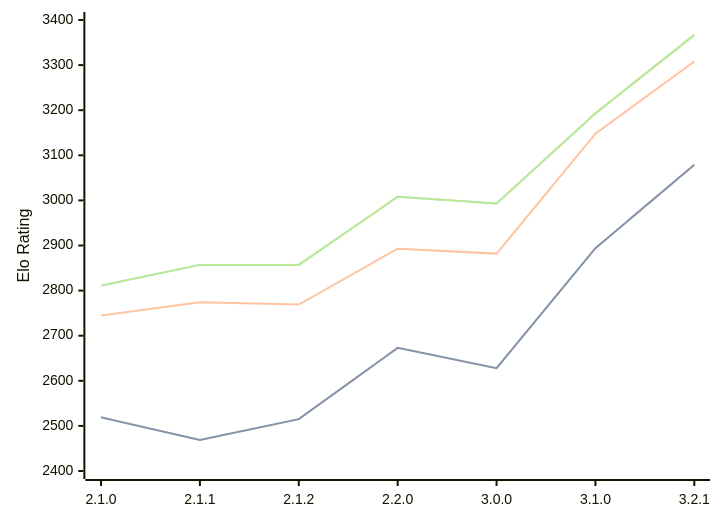
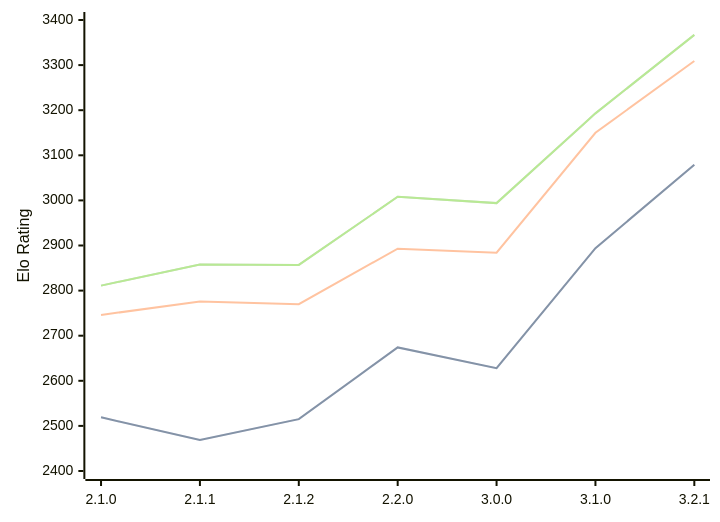
The first of 3 diagrams in engines/Prune.md (computer-chess-index/cci), drawn with Mermaid before and after one commit. The commit also changed other lines of this file, not shown here.

Commit message:
Update CCI Ratings (ELO VLTC) - 2026-06-22

````diff
--- a/engines/Prune.md
+++ b/engines/Prune.md
@@ -42,11 +42,11 @@
 ```mermaid
 %%{init: {"theme":"base","themeVariables":{"seriesColors:['#a3a3a3','#222221','#faa371']}}}%%
 xychart-beta
   x-axis ["2.1.0", "2.1.1", "2.1.2", "2.2.0", "3.0.0", "3.1.0", "3.2.1"]
   y-axis "Elo Rating" 2400 --> 3400
-  line "STC (8.0+0.08s)" [2519, 2469, 2515, 2673, 2628, 2894, 3079]
-  line "STC (8.0+0.08s)" [2519, 2469, 2515, 2673, 2628, 2894, 3079]
-  line "LTC (60.0+0.60s)" [2745, 2774, 2769, 2893, 2882, 3148, 3308]
-  line "VLTC (2m24s+1.12s)" [2811, 2857, 2857, 3008, 2993, 3193, 3367]
-  line "VLTC (2m24s+1.12s)" [2811, 2857, 2857, 3008, 2993, 3193, 3367]
+  line "STC (8.0+0.08s)" [2519, 2469, 2515, 2674, 2628, 2894, 3079]
+  line "STC (8.0+0.08s)" [2519, 2469, 2515, 2674, 2628, 2894, 3079]
+  line "LTC (60.0+0.60s)" [2746, 2776, 2770, 2893, 2884, 3150, 3309]
+  line "VLTC (2m24s+1.12s)" [2811, 2858, 2857, 3008, 2994, 3193, 3367]
+  line "VLTC (2m24s+1.12s)" [2811, 2858, 2857, 3008, 2994, 3193, 3367]
 ```
````
